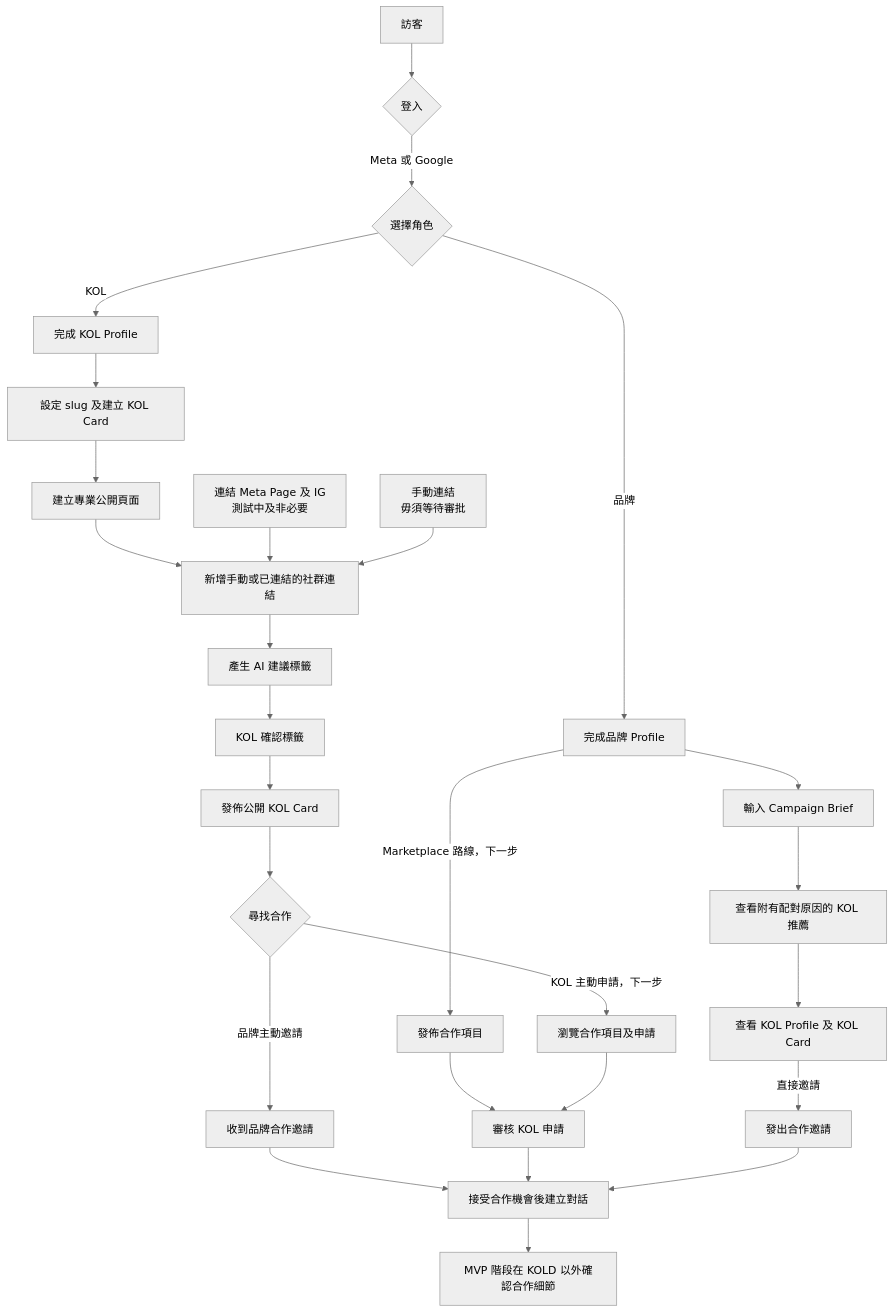
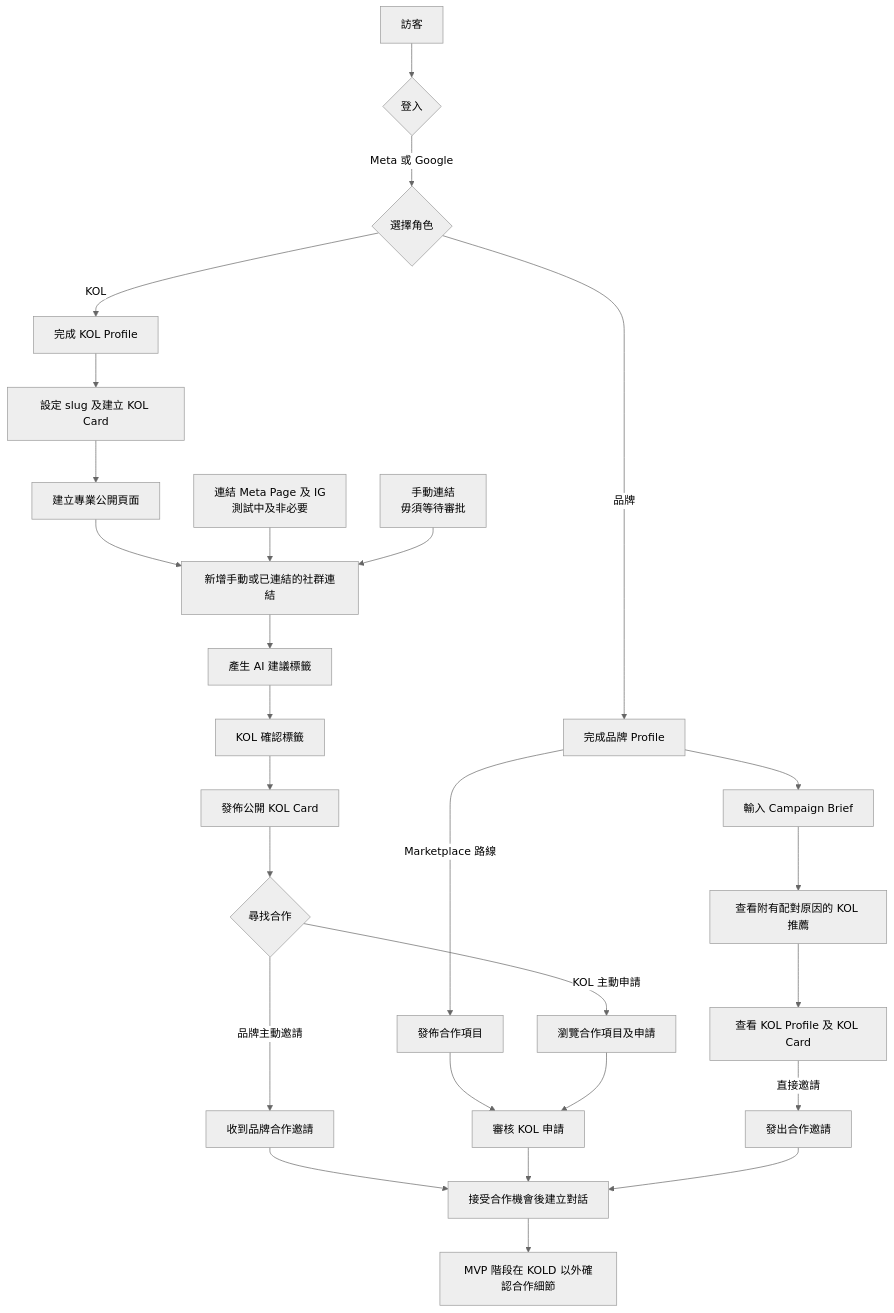
One commit to KarlTedku/KOLD changed the second of 3 diagrams in docs/PRODUCT_ROADMAP_ZH_HANT.md. Above: the diagram before and after it, drawn with Mermaid (neutral theme). The commit also changed other lines of this file and 7 other files, not shown here.

Commit message:
Document engineering roadmap and contribution policy

````diff
--- a/docs/PRODUCT_ROADMAP_ZH_HANT.md
+++ b/docs/PRODUCT_ROADMAP_ZH_HANT.md
@@ -56,33 +58,33 @@
 ```mermaid
 flowchart TD
     V[訪客] --> L{登入}
     L -->|Meta 或 Google| R{選擇角色}
 
     R -->|KOL| KP[完成 KOL Profile]
     KP --> KC[設定 slug 及建立 KOL Card]
     KC --> KPP[建立專業公開頁面]
     KPP --> KL[新增手動或已連結的社群連結]
     KL --> KT[產生 AI 建議標籤]
     KT --> KA[KOL 確認標籤]
     KA --> PUB[發佈公開 KOL Card]
     PUB --> KACT{尋找合作}
     KACT -->|品牌主動邀請| INV[收到品牌合作邀請]
-    KACT -->|KOL 主動申請，下一步| PL[瀏覽合作項目及申請]
+    KACT -->|KOL 主動申請| PL[瀏覽合作項目及申請]
 
     R -->|品牌| BP[完成品牌 Profile]
     BP --> BM[輸入 Campaign Brief]
     BM --> REC[查看附有配對原因的 KOL 推薦]
     REC --> VIEW[查看 KOL Profile 及 KOL Card]
     VIEW -->|直接邀請| INVITE[發出合作邀請]
-    BP -->|Marketplace 路線，下一步| POST[發佈合作項目]
+    BP -->|Marketplace 路線| POST[發佈合作項目]
     POST --> APPS[審核 KOL 申請]
 
     INV --> CHAT[接受合作機會後建立對話]
     PL --> APPS
     APPS --> CHAT
     INVITE --> CHAT
     CHAT --> COLLAB[MVP 階段在 KOLD 以外確認合作細節]
 
     META[連結 Meta Page 及 IG<br/>測試中及非必要] --> KL
     MANUAL[手動連結<br/>毋須等待審批] --> KL
 ```
````
